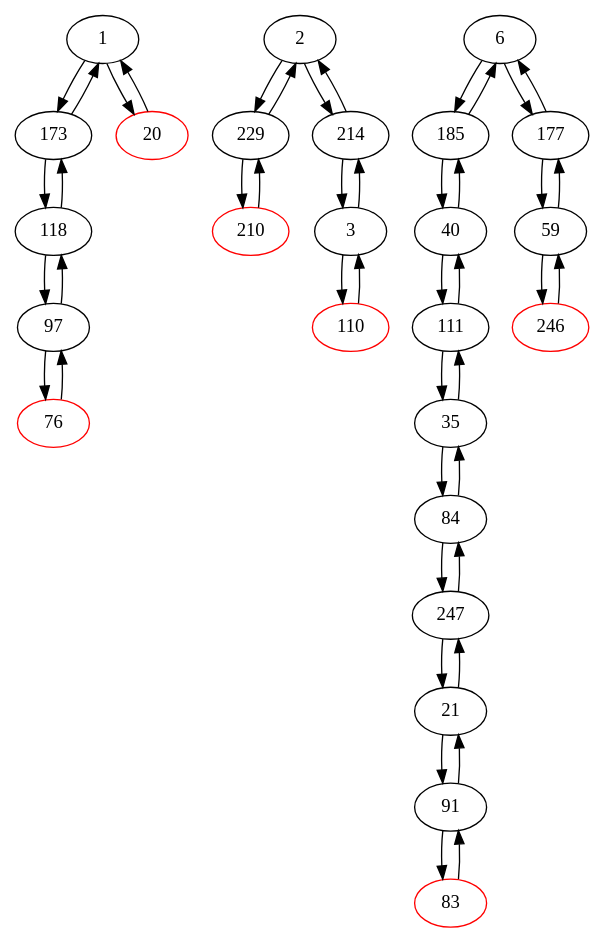
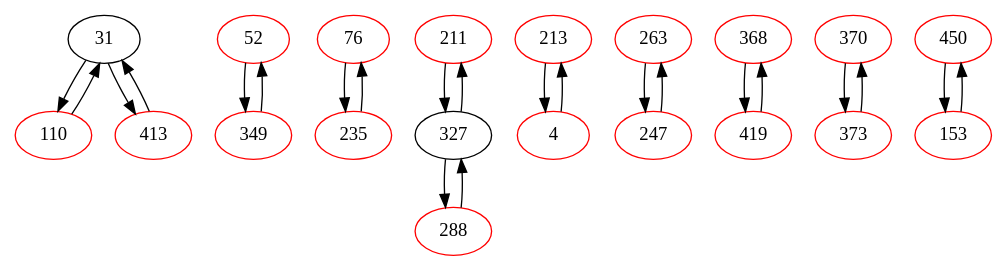
The diagram in external/dbg2olc/CleanedBestOverlapGraph.dot (AuCson/Genome-Assembly-Implementation), drawn with Graphviz before and after one commit. The commit also changed 67 other files, not shown here.

```diff
--- a/external/dbg2olc/CleanedBestOverlapGraph.dot
+++ b/external/dbg2olc/CleanedBestOverlapGraph.dot
@@ -1,71 +1,44 @@
 digraph G {
-1 -> 173;
-2 -> 229;
-3 -> 110;
-6 -> 185;
-20 -> 1;
-21 -> 247;
-35 -> 111;
-40 -> 111;
-59 -> 246;
-83 -> 91;
-84 -> 247;
-91 -> 21;
-97 -> 76;
-111 -> 35;
-118 -> 97;
-173 -> 1;
-177 -> 59;
-185 -> 6;
-214 -> 3;
-229 -> 2;
-246 -> 59;
-247 -> 21;
-1 -> 20;
-2 -> 214;
-3 -> 214;
-6 -> 177;
-21 -> 91;
-35 -> 84;
-40 -> 185;
-59 -> 177;
-76 -> 97;
-84 -> 35;
-91 -> 83;
-97 -> 118;
-110 -> 3;
-111 -> 40;
-118 -> 173;
-173 -> 118;
-177 -> 6;
-185 -> 40;
-210 -> 229;
-214 -> 2;
-229 -> 210;
-247 -> 84;
-1
-2
-3
-6
-20[color=red];
-21
-35
-40
-59
+31 -> 110;
+52 -> 349;
+76 -> 235;
+110 -> 31;
+211 -> 327;
+213 -> 4;
+235 -> 76;
+263 -> 247;
+288 -> 327;
+327 -> 211;
+349 -> 52;
+368 -> 419;
+370 -> 373;
+413 -> 31;
+450 -> 153;
+4 -> 213;
+31 -> 413;
+153 -> 450;
+247 -> 263;
+327 -> 288;
+373 -> 370;
+419 -> 368;
+4[color=red];
+31
+52[color=red];
 76[color=red];
-83[color=red];
-84
-91
-97
 110[color=red];
-111
-118
-173
-177
-185
-210[color=red];
-214
-229
-246[color=red];
-247
+153[color=red];
+211[color=red];
+213[color=red];
+235[color=red];
+247[color=red];
+263[color=red];
+288[color=red];
+327
+349[color=red];
+368[color=red];
+370[color=red];
+373[color=red];
+413[color=red];
+419[color=red];
+450[color=red];
 }
```
